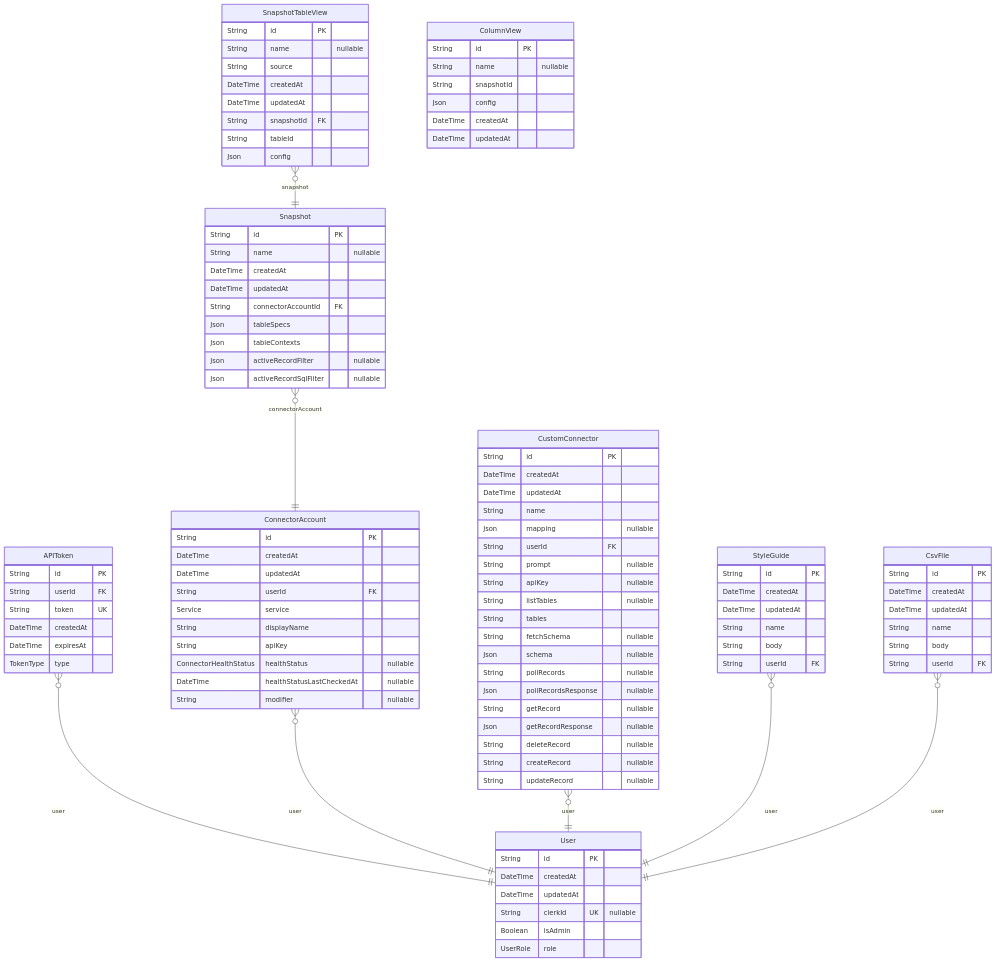
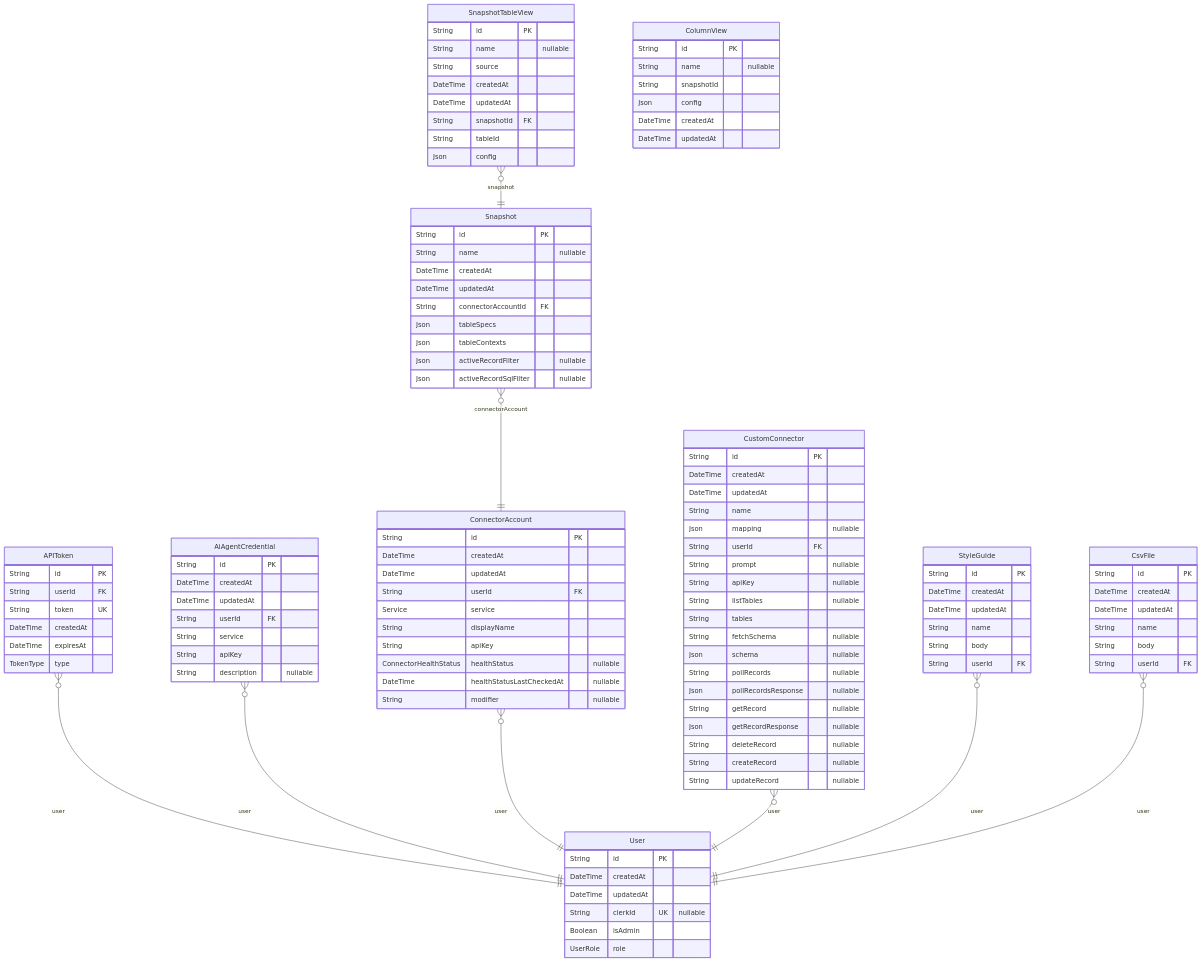
One commit to whalesync/scratch-cli changed the diagram in server/prisma/ERD.md. Above: the diagram before and after it, drawn with Mermaid. The commit also changed other lines of this file and 8 other files, not shown here.

```diff
--- a/server/prisma/ERD.md
+++ b/server/prisma/ERD.md
@@ -23,6 +23,15 @@
   DateTime createdAt
   DateTime expiresAt
   TokenType type
+}
+"AiAgentCredential" {
+  String id PK
+  DateTime createdAt
+  DateTime updatedAt
+  String userId FK
+  String service
+  String apiKey
+  String description "nullable"
 }
 "ConnectorAccount" {
   String id PK
@@ -103,6 +112,7 @@
   DateTime updatedAt
 }
 "APIToken" }o--|| "User" : user
+"AiAgentCredential" }o--|| "User" : user
 "ConnectorAccount" }o--|| "User" : user
 "Snapshot" }o--|| "ConnectorAccount" : connectorAccount
 "CustomConnector" }o--|| "User" : user
```
